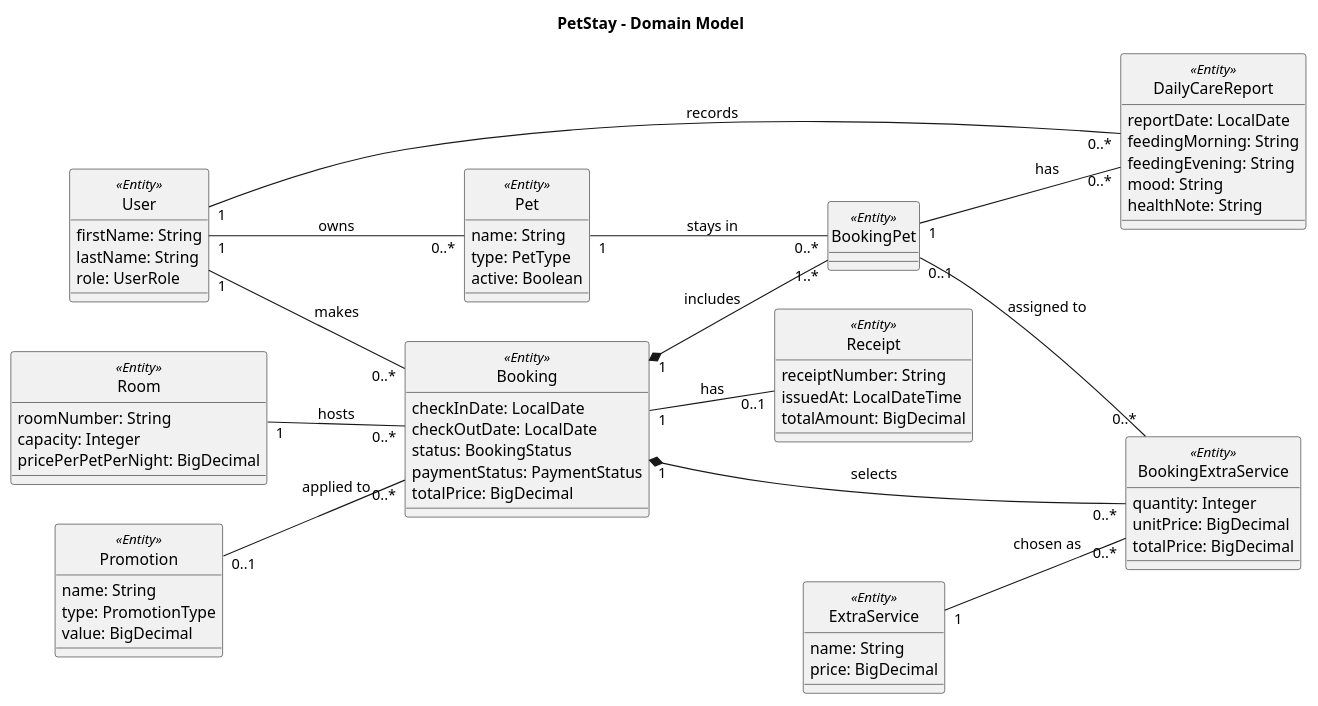
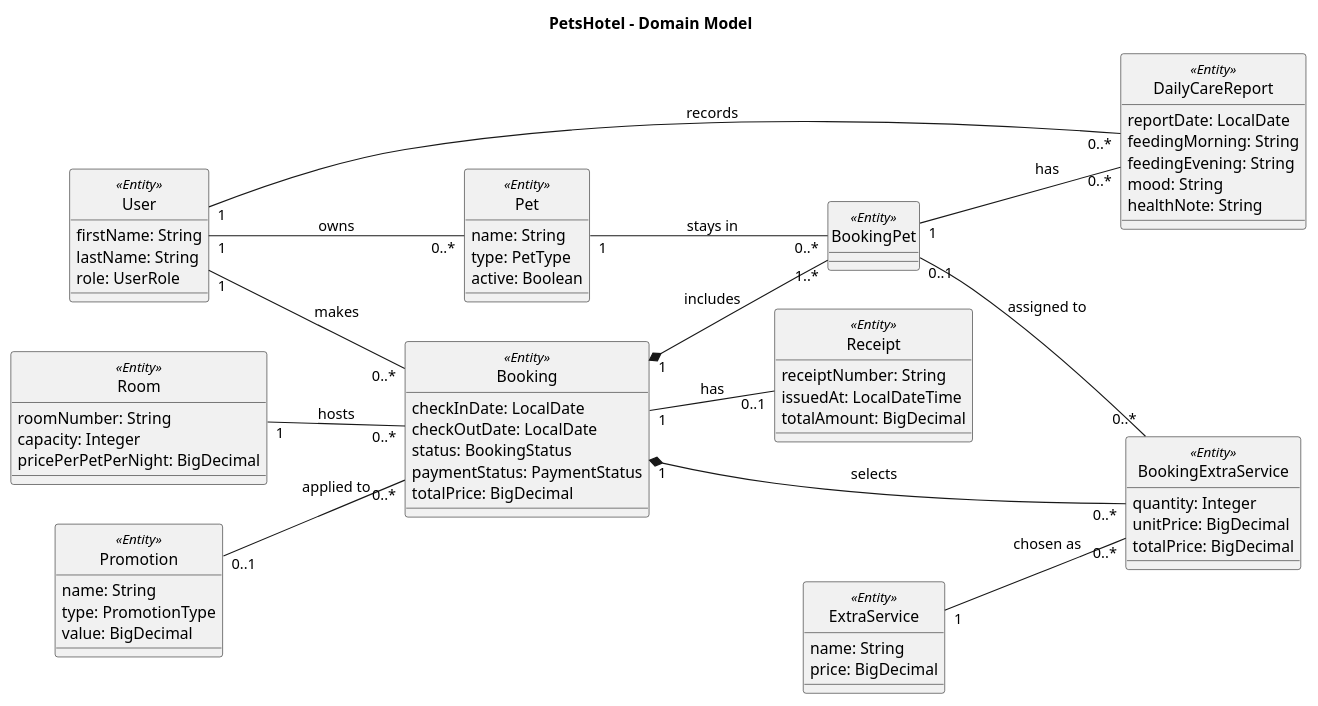
Before and after one commit to Tanut-oam/PetsHotel_Project: the diagram in doc/diagrams/domain-model.puml, drawn with PlantUML. The commit also changed 3 other files, not shown here.

Commit message:
docs: rename pet care diagrams to PetsHotel

```diff
--- a/doc/diagrams/domain-model.puml
+++ b/doc/diagrams/domain-model.puml
@@ -1,91 +1,91 @@
 @startuml domain-model
 left to right direction
 skinparam defaultFontName "Tahoma"
 skinparam classAttributeIconSize 0
 hide circle
 
-title PetStay - Domain Model
+title PetsHotel - Domain Model
 
 ' ---------- Users and pets ----------
 
 class User <<Entity>> {
   firstName: String
   lastName: String
   role: UserRole
 }
 
 class Pet <<Entity>> {
   name: String
   type: PetType
   active: Boolean
 }
 
 class Room <<Entity>> {
   roomNumber: String
   capacity: Integer
   pricePerPetPerNight: BigDecimal
 }
 
 ' ---------- Bookings and care ----------
 
 class Booking <<Entity>> {
   checkInDate: LocalDate
   checkOutDate: LocalDate
   status: BookingStatus
   paymentStatus: PaymentStatus
   totalPrice: BigDecimal
 }
 
 class BookingPet <<Entity>>
 
 class DailyCareReport <<Entity>> {
   reportDate: LocalDate
   feedingMorning: String
   feedingEvening: String
   mood: String
   healthNote: String
 }
 
 ' ---------- Offers and payment ----------
 
 class Promotion <<Entity>> {
   name: String
   type: PromotionType
   value: BigDecimal
 }
 
 class ExtraService <<Entity>> {
   name: String
   price: BigDecimal
 }
 
 class BookingExtraService <<Entity>> {
   quantity: Integer
   unitPrice: BigDecimal
   totalPrice: BigDecimal
 }
 
 class Receipt <<Entity>> {
   receiptNumber: String
   issuedAt: LocalDateTime
   totalAmount: BigDecimal
 }
 
 ' ---------- Relationships ----------
 
 User "1" -- "0..*" Pet : owns
 User "1" -- "0..*" Booking : makes
 User "1" -- "0..*" DailyCareReport : records
 
 Room "1" -- "0..*" Booking : hosts
 Booking "1" *-- "1..*" BookingPet : includes
 Pet "1" -- "0..*" BookingPet : stays in
 BookingPet "1" -- "0..*" DailyCareReport : has
 
 Promotion "0..1" -- "0..*" Booking : applied to
 Booking "1" *-- "0..*" BookingExtraService : selects
 ExtraService "1" -- "0..*" BookingExtraService : chosen as
 BookingPet "0..1" -- "0..*" BookingExtraService : assigned to
 Booking "1" -- "0..1" Receipt : has
 
 @enduml
```
